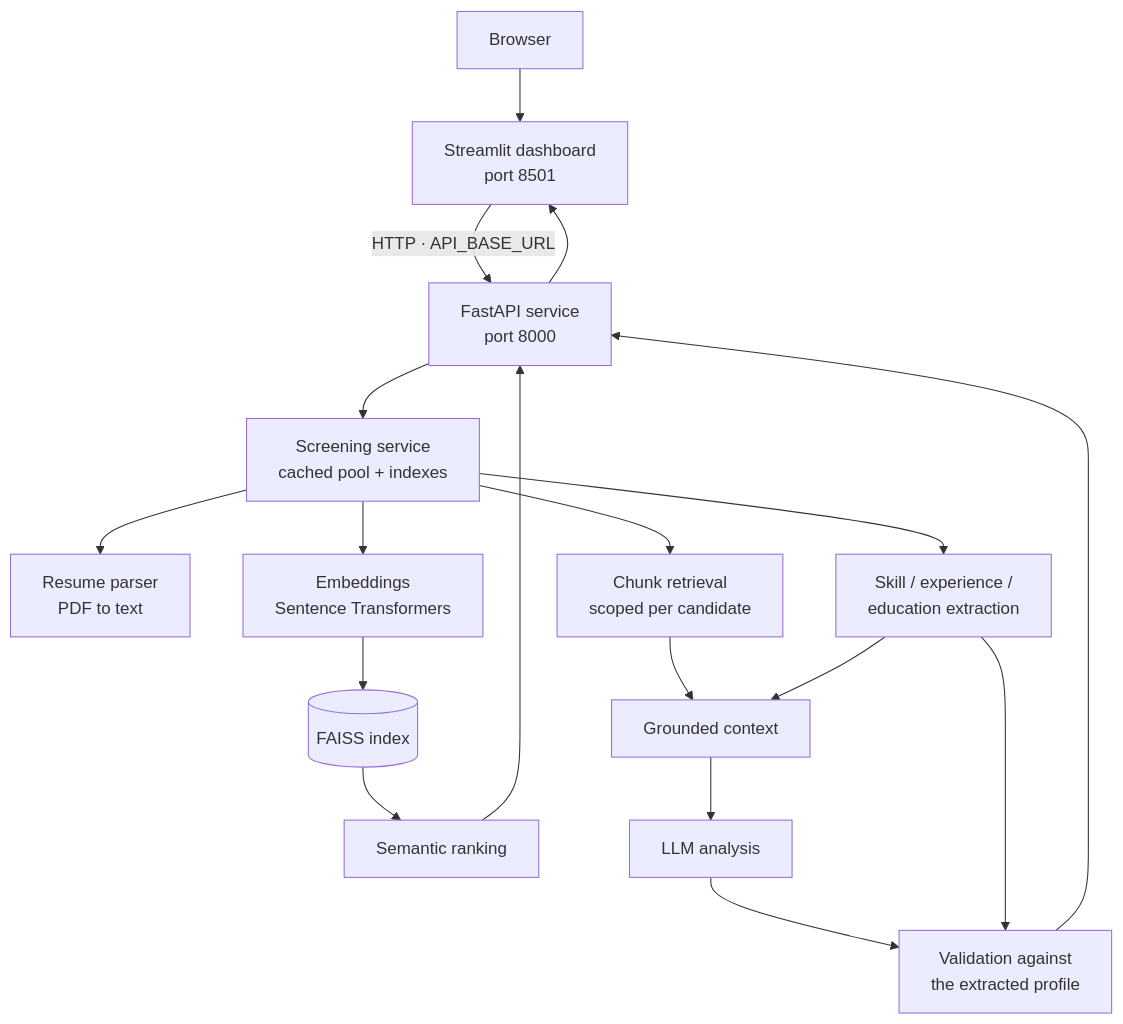
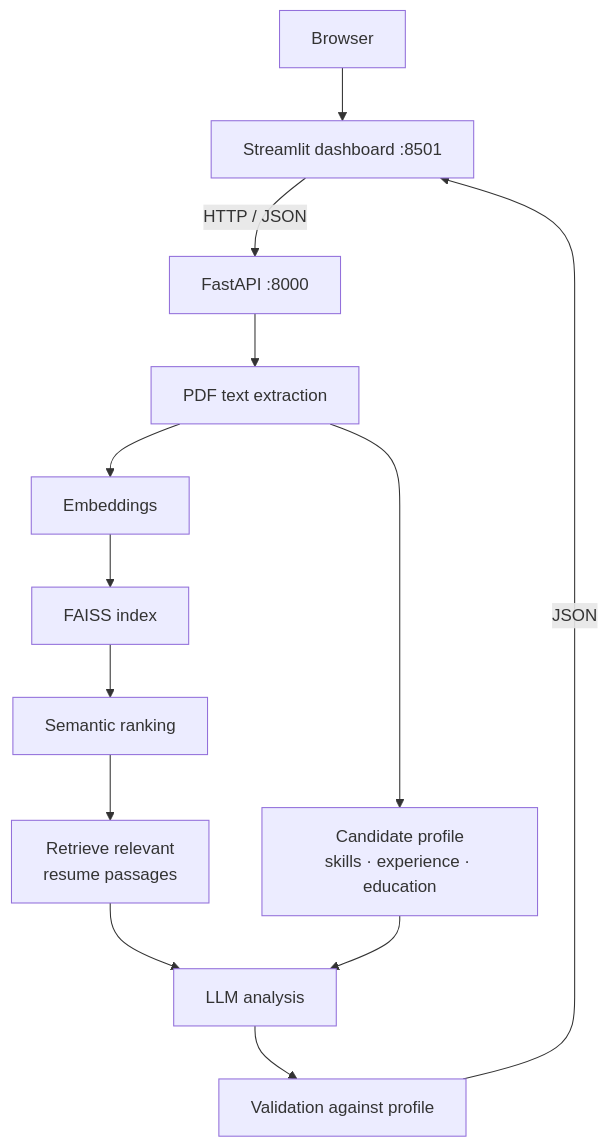
Before and after one commit to shubhrana777/LLM-Powered-Resume-Screening-Candidate-Matching-System: the diagram in README.md, drawn with Mermaid. The commit also changed other lines of this file and 1 other file, not shown here.

````diff
--- a/README.md
+++ b/README.md
@@ -188,22 +46,17 @@
 ```mermaid
 flowchart TD
-    B[Browser] --> UI["Streamlit dashboard<br/>port 8501"]
-    UI -->|HTTP · API_BASE_URL| API["FastAPI service<br/>port 8000"]
-    API --> SVC["Screening service<br/>cached pool + indexes"]
+    Browser["Browser"] --> Dashboard["Streamlit dashboard :8501"]
+    Dashboard -- "HTTP / JSON" --> API["FastAPI :8000"]
 
-    SVC --> P[Resume parser<br/>PDF to text]
-    SVC --> E[Embeddings<br/>Sentence Transformers]
-    E --> F[(FAISS index)]
-    F --> RANK[Semantic ranking]
+    API --> Parse["PDF text extraction"]
+    Parse --> Profile["Candidate profile<br/>skills · experience · education"]
+    Parse --> Embed["Embeddings"]
+    Embed --> Faiss["FAISS index"]
+    Faiss --> Rank["Semantic ranking"]
 
-    SVC --> SK[Skill / experience /<br/>education extraction]
-    SVC --> RET[Chunk retrieval<br/>scoped per candidate]
-    RET --> CTX[Grounded context]
-    SK --> CTX
-    CTX --> LLM[LLM analysis]
-    LLM --> VAL[Validation against<br/>the extracted profile]
-    SK --> VAL
-    VAL --> API
-    RANK --> API
-    API --> UI
+    Rank --> Retrieve["Retrieve relevant<br/>resume passages"]
+    Retrieve --> Analyse["LLM analysis"]
+    Profile --> Analyse
+    Analyse --> Validate["Validation against profile"]
+    Validate -- "JSON" --> Dashboard
 ```
````
